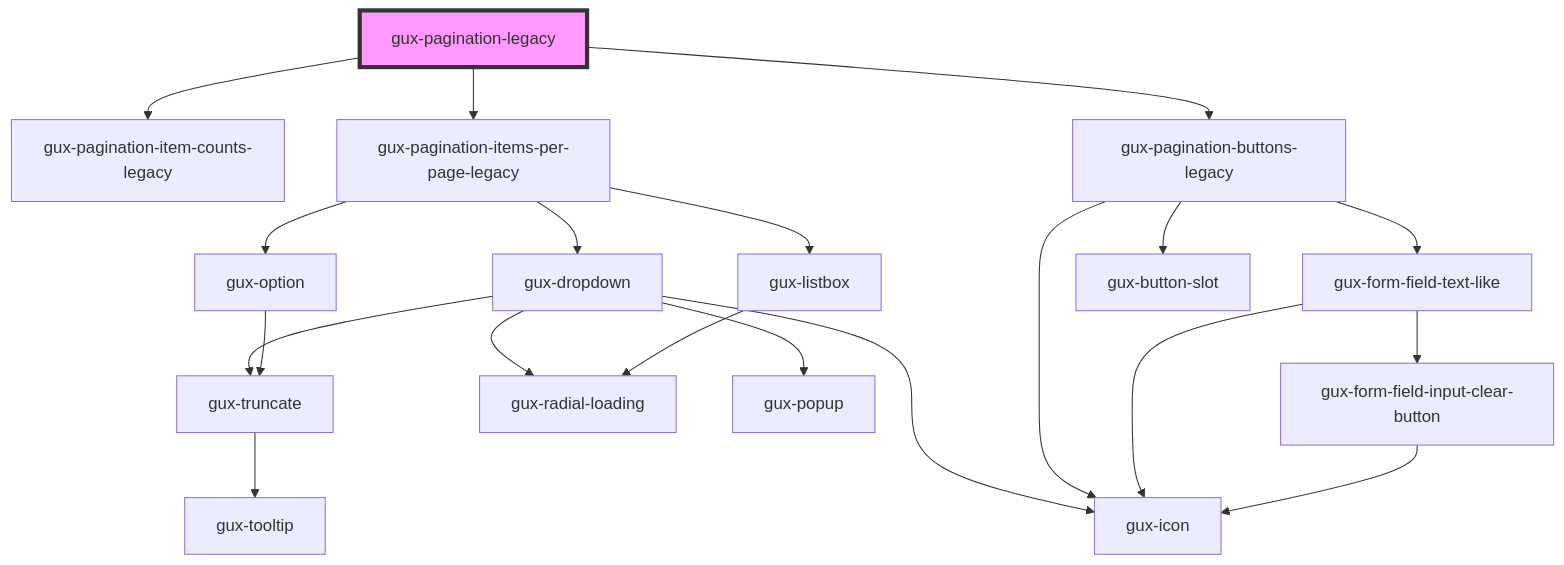
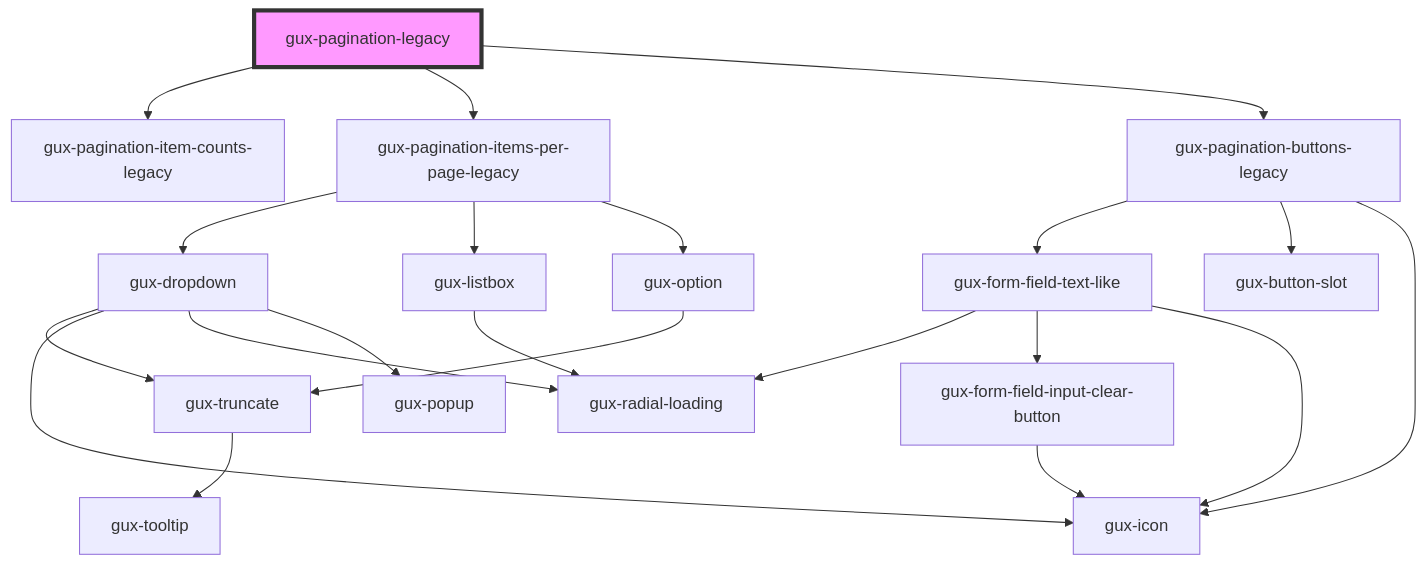
The diagram in packages/genesys-spark-components/src/components/legacy/gux-pagination-legacy/readme.md (MyPureCloud/genesys-spark), drawn with Mermaid before and after one commit. The commit also changed 30 other files, not shown here.

````diff
--- a/packages/genesys-spark-components/src/components/legacy/gux-pagination-legacy/readme.md
+++ b/packages/genesys-spark-components/src/components/legacy/gux-pagination-legacy/readme.md
@@ -41,23 +41,24 @@
 ```mermaid
 graph TD;
   gux-pagination-legacy --> gux-pagination-item-counts-legacy
   gux-pagination-legacy --> gux-pagination-items-per-page-legacy
   gux-pagination-legacy --> gux-pagination-buttons-legacy
   gux-pagination-items-per-page-legacy --> gux-dropdown
   gux-pagination-items-per-page-legacy --> gux-listbox
   gux-pagination-items-per-page-legacy --> gux-option
   gux-dropdown --> gux-truncate
   gux-dropdown --> gux-icon
   gux-dropdown --> gux-radial-loading
   gux-dropdown --> gux-popup
   gux-truncate --> gux-tooltip
   gux-listbox --> gux-radial-loading
   gux-option --> gux-truncate
   gux-pagination-buttons-legacy --> gux-form-field-text-like
   gux-pagination-buttons-legacy --> gux-button-slot
   gux-pagination-buttons-legacy --> gux-icon
+  gux-form-field-text-like --> gux-radial-loading
   gux-form-field-text-like --> gux-form-field-input-clear-button
   gux-form-field-text-like --> gux-icon
   gux-form-field-input-clear-button --> gux-icon
   style gux-pagination-legacy fill:#f9f,stroke:#333,stroke-width:4px
 ```
````
